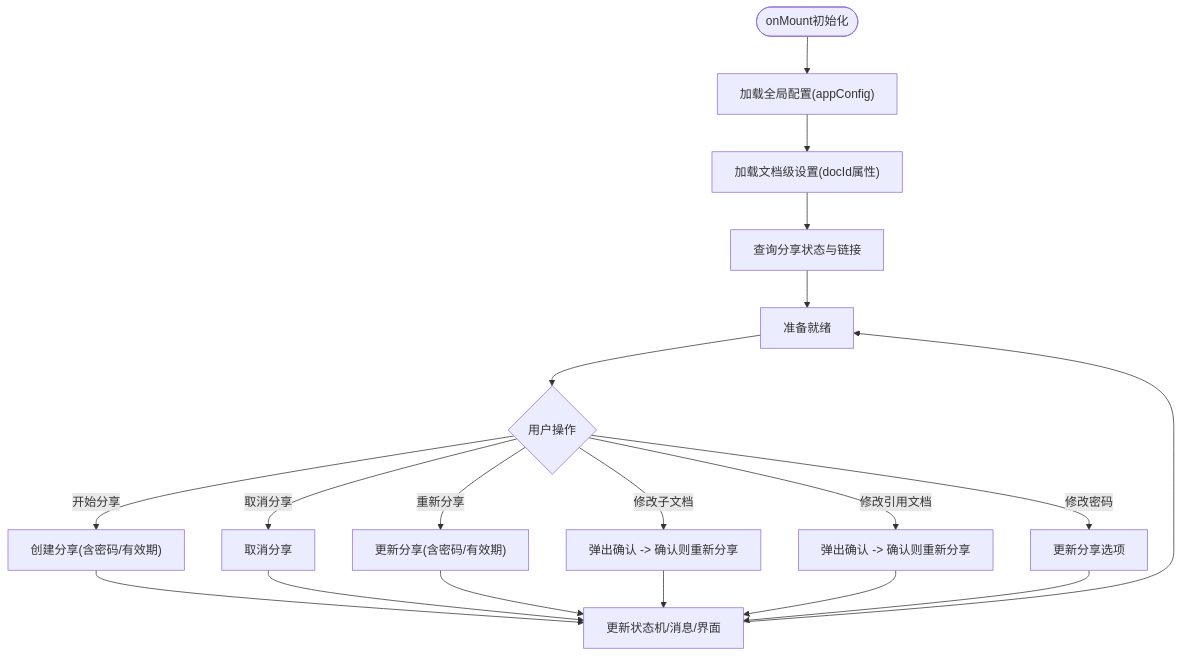
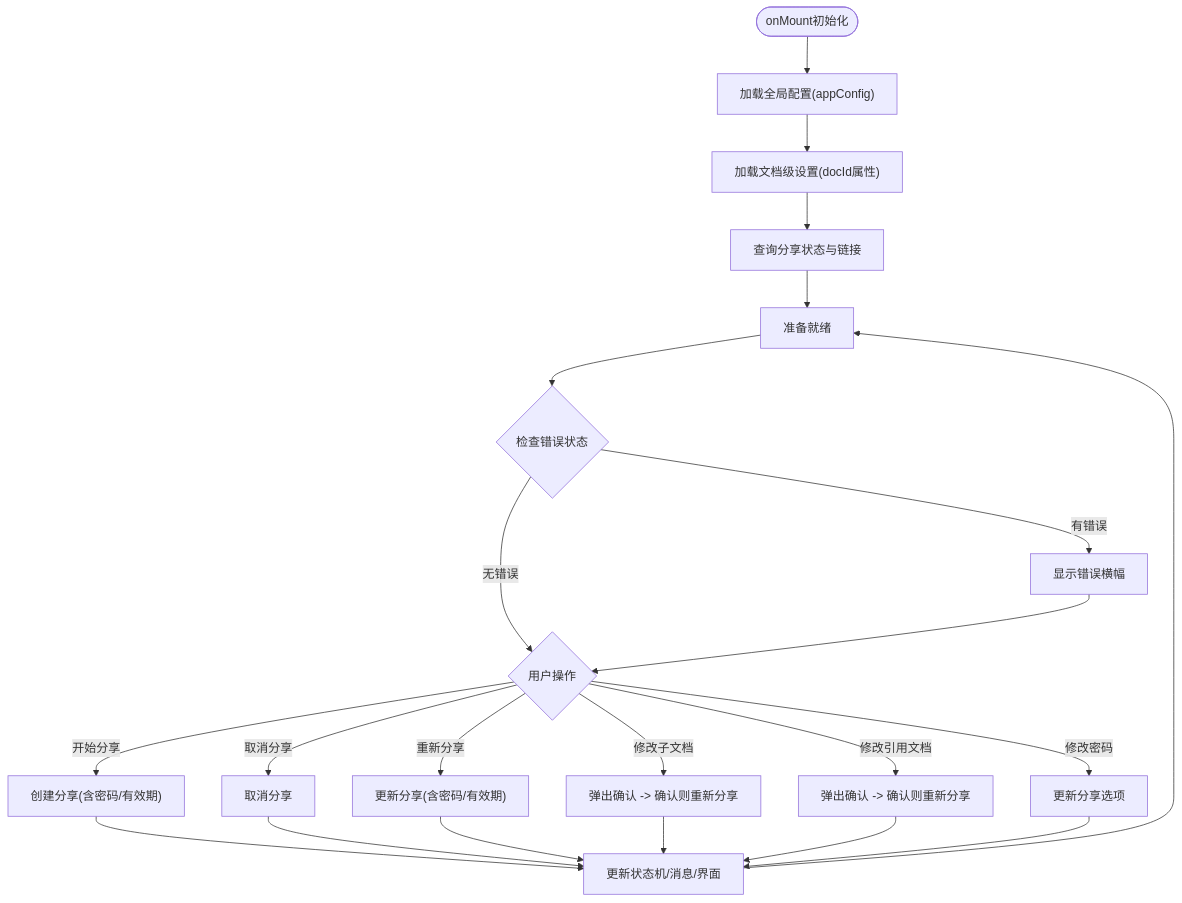
Before and after one commit to terwerinc/siyuan-plugin-share-pro: the fourth of 9 diagrams in .qoder/repowiki/zh/content/架构设计/UI组件架构/UI组件架构.md, drawn with Mermaid. The commit also changed other lines of this file and 8 other files, not shown here.

Commit message:
docs(Progress Mgmt): add error banner, modal, and state persistence

````diff
--- a/.qoder/repowiki/zh/content/架构设计/UI组件架构/UI组件架构.md
+++ b/.qoder/repowiki/zh/content/架构设计/UI组件架构/UI组件架构.md
@@ -214,21 +226,24 @@
 ```mermaid
 flowchart TD
 Start(["onMount初始化"]) --> LoadCfg["加载全局配置(appConfig)"]
 LoadCfg --> LoadDoc["加载文档级设置(docId属性)"]
 LoadDoc --> LoadShare["查询分享状态与链接"]
 LoadShare --> Ready["准备就绪"]
-Ready --> Action{"用户操作"}
+Ready --> ErrorCheck{"检查错误状态"}
+ErrorCheck --> |有错误| ShowErrorBanner["显示错误横幅"]
+ErrorCheck --> |无错误| Action{"用户操作"}
+ShowErrorBanner --> Action
 Action --> |开始分享| Share["创建分享(含密码/有效期)"]
 Action --> |取消分享| Cancel["取消分享"]
 Action --> |重新分享| ReShare["更新分享(含密码/有效期)"]
 Action --> |修改子文档| SubToggle["弹出确认 -> 确认则重新分享"]
 Action --> |修改引用文档| RefToggle["弹出确认 -> 确认则重新分享"]
 Action --> |修改密码| UpdatePwd["更新分享选项"]
 Share --> UpdateUI["更新状态机/消息/界面"]
 Cancel --> UpdateUI
 ReShare --> UpdateUI
 SubToggle --> UpdateUI
 RefToggle --> UpdateUI
 UpdatePwd --> UpdateUI
 UpdateUI --> Ready
 ```
````
